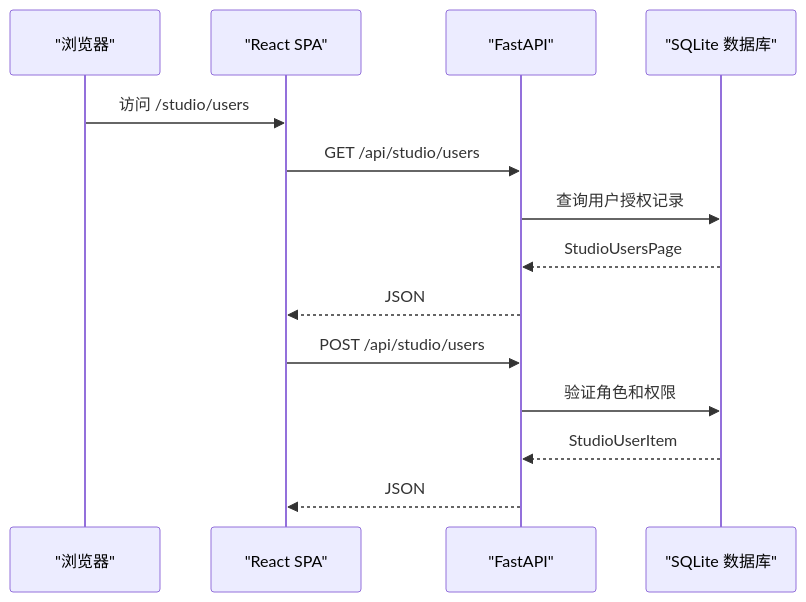
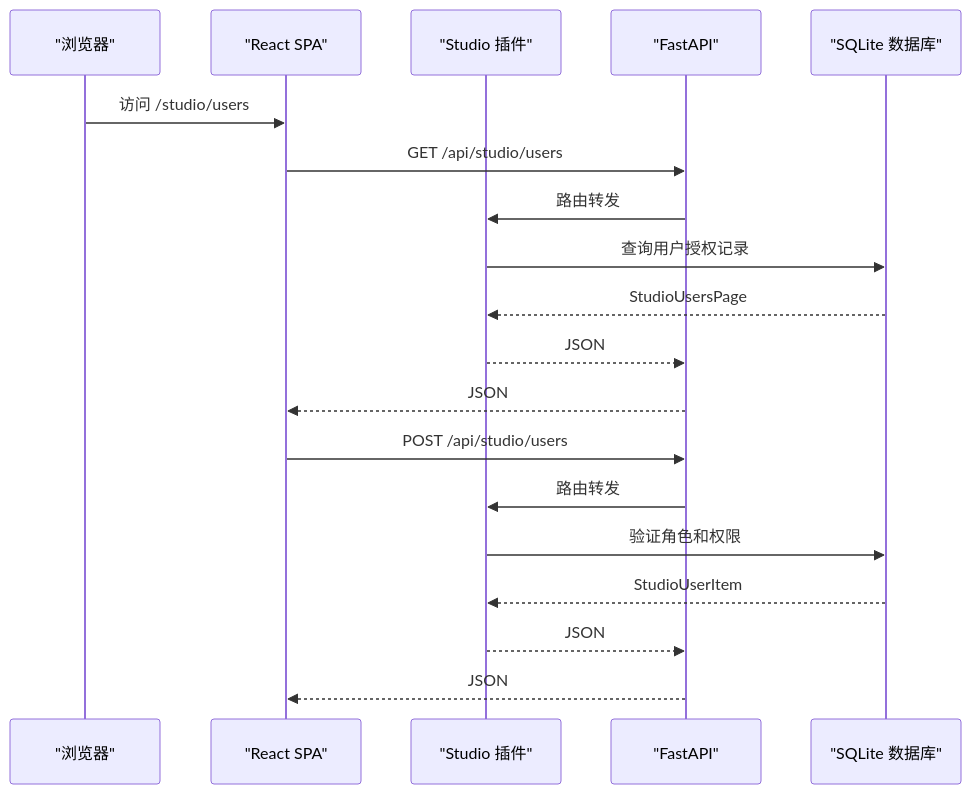
The ninth of 10 diagrams in repowiki/zh/content/Studio 开发工具/Studio 开发工具.md (YU-JI-KUI/ark-agentic), drawn with Mermaid before and after one commit. The commit also changed other lines of this file and 116 other files, not shown here.

````diff
--- a/repowiki/zh/content/Studio 开发工具/Studio 开发工具.md
+++ b/repowiki/zh/content/Studio 开发工具/Studio 开发工具.md
@@ -340,16 +390,21 @@
 ```mermaid
 sequenceDiagram
 participant Browser as "浏览器"
 participant Frontend as "React SPA"
+participant Plugin as "Studio 插件"
 participant Backend as "FastAPI"
 participant DB as "SQLite 数据库"
 Browser->>Frontend : 访问 /studio/users
 Frontend->>Backend : GET /api/studio/users
-Backend->>DB : 查询用户授权记录
-DB-->>Backend : StudioUsersPage
+Backend->>Plugin : 路由转发
+Plugin->>DB : 查询用户授权记录
+DB-->>Plugin : StudioUsersPage
+Plugin-->>Backend : JSON
 Backend-->>Frontend : JSON
 Frontend->>Backend : POST /api/studio/users
-Backend->>DB : 验证角色和权限
-DB-->>Backend : StudioUserItem
+Backend->>Plugin : 路由转发
+Plugin->>DB : 验证角色和权限
+DB-->>Plugin : StudioUserItem
+Plugin-->>Backend : JSON
 Backend-->>Frontend : JSON
 ```
````
